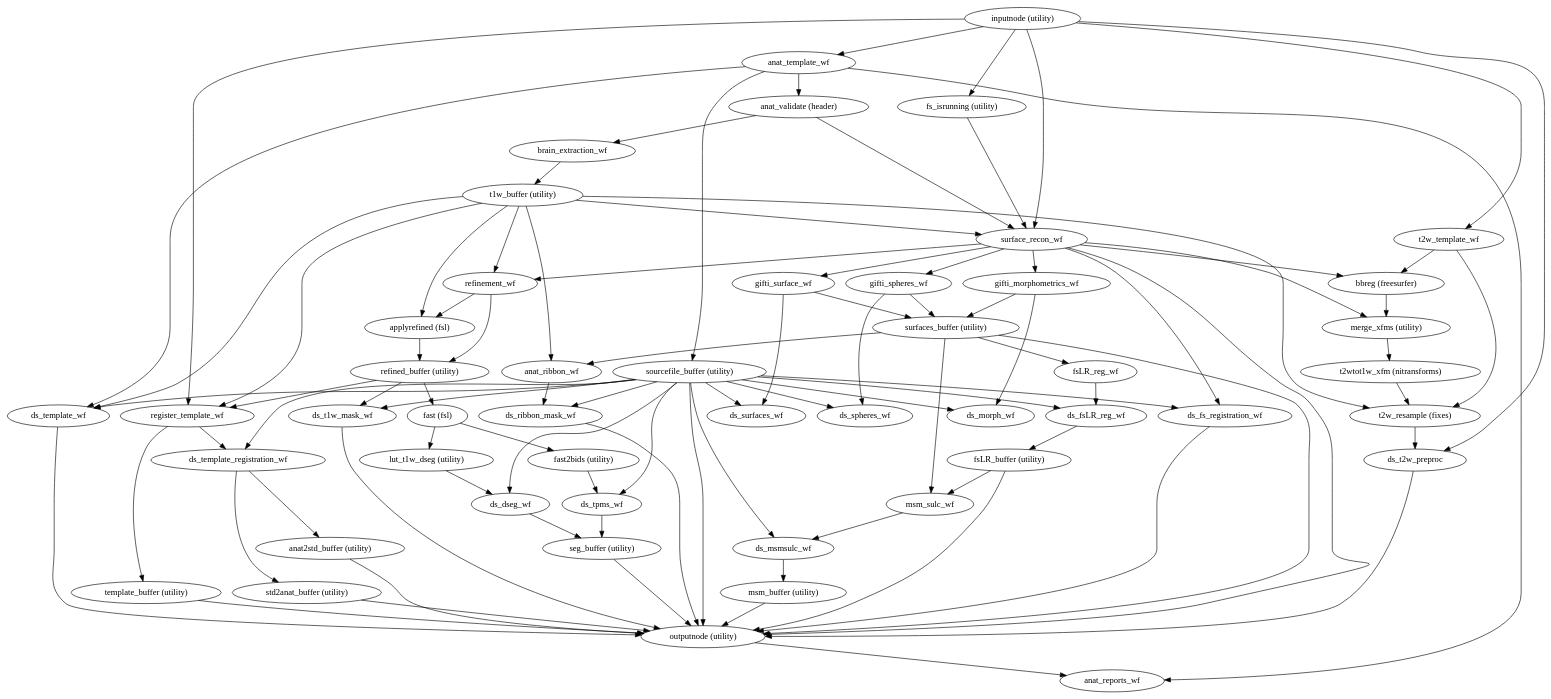
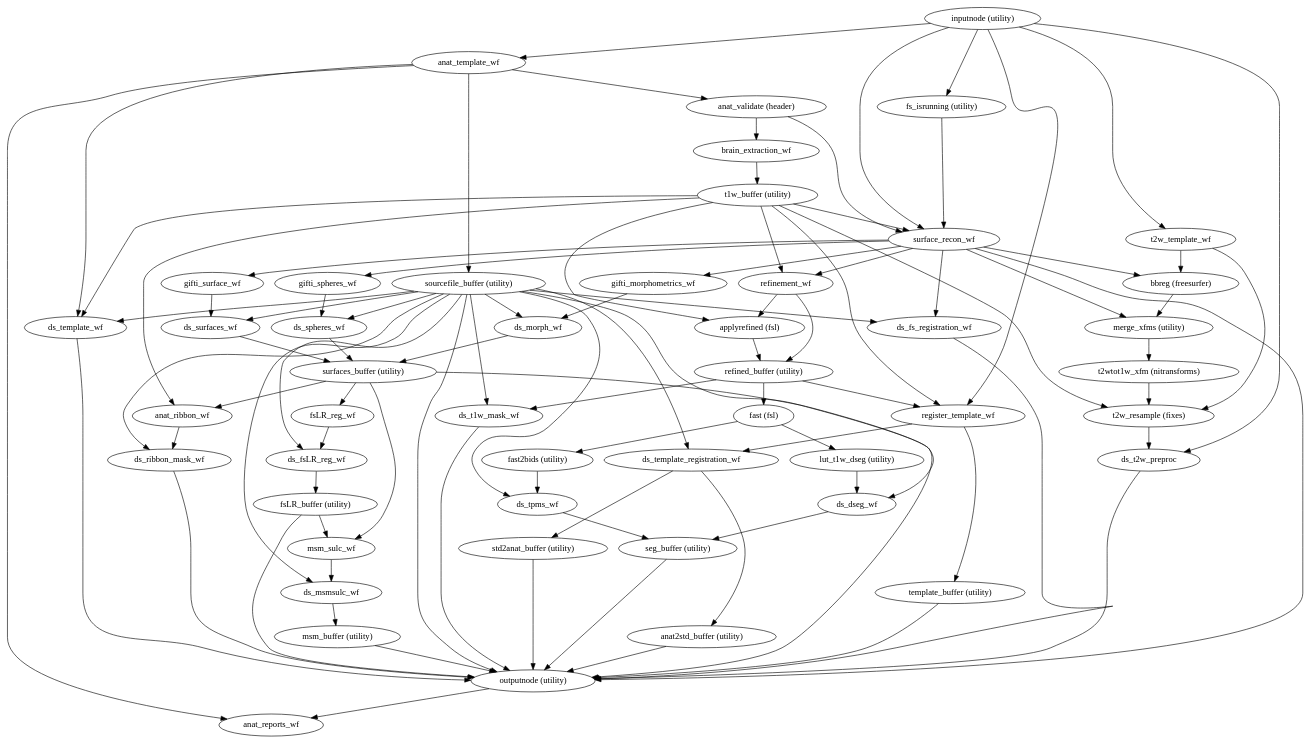
Before and after one commit to nipreps/smriprep: the diagram in dev-nibabies/wf_directive/api/anat_fit_wf/smriprep-workflows-anatomical-1.dot, drawn with Graphviz. The commit also changed 5074 other files, not shown here.

```diff
--- a/dev-nibabies/wf_directive/api/anat_fit_wf/smriprep-workflows-anatomical-1.dot
+++ b/dev-nibabies/wf_directive/api/anat_fit_wf/smriprep-workflows-anatomical-1.dot
@@ -1,142 +1,142 @@
 strict digraph {
 "inputnode (utility)";
 "anat_template_wf";
 "register_template_wf";
 "fs_isrunning (utility)";
 "surface_recon_wf";
 "t2w_template_wf";
 "ds_t2w_preproc";
 "seg_buffer (utility)";
 "outputnode (utility)";
 "anat_reports_wf";
 "anat2std_buffer (utility)";
 "std2anat_buffer (utility)";
 "template_buffer (utility)";
 "sourcefile_buffer (utility)";
 "ds_template_wf";
 "ds_t1w_mask_wf";
 "ds_dseg_wf";
 "ds_tpms_wf";
 "ds_template_registration_wf";
 "ds_fs_registration_wf";
 "ds_surfaces_wf";
 "ds_spheres_wf";
 "ds_morph_wf";
 "ds_ribbon_mask_wf";
 "ds_fsLR_reg_wf";
 "ds_msmsulc_wf";
 "surfaces_buffer (utility)";
 "anat_ribbon_wf";
 "fsLR_reg_wf";
 "msm_sulc_wf";
 "fsLR_buffer (utility)";
 "msm_buffer (utility)";
 "anat_validate (header)";
 "brain_extraction_wf";
 "t1w_buffer (utility)";
 "refinement_wf";
 "applyrefined (fsl)";
 "t2w_resample (fixes)";
 "refined_buffer (utility)";
 "fast (fsl)";
 "lut_t1w_dseg (utility)";
 "fast2bids (utility)";
 "bbreg (freesurfer)";
 "merge_xfms (utility)";
 "gifti_surface_wf";
 "gifti_spheres_wf";
 "gifti_morphometrics_wf";
 "t2wtot1w_xfm (nitransforms)";
 "inputnode (utility)" -> "anat_template_wf";
 "inputnode (utility)" -> "register_template_wf";
 "inputnode (utility)" -> "fs_isrunning (utility)";
 "inputnode (utility)" -> "surface_recon_wf";
 "inputnode (utility)" -> "t2w_template_wf";
 "inputnode (utility)" -> "ds_t2w_preproc";
 "anat_template_wf" -> "anat_validate (header)";
 "anat_template_wf" -> "sourcefile_buffer (utility)";
 "anat_template_wf" -> "anat_reports_wf";
 "anat_template_wf" -> "ds_template_wf";
 "register_template_wf" -> "ds_template_registration_wf";
 "register_template_wf" -> "template_buffer (utility)";
 "fs_isrunning (utility)" -> "surface_recon_wf";
 "surface_recon_wf" -> "outputnode (utility)";
 "surface_recon_wf" -> "ds_fs_registration_wf";
 "surface_recon_wf" -> "refinement_wf";
 "surface_recon_wf" -> "bbreg (freesurfer)";
 "surface_recon_wf" -> "merge_xfms (utility)";
 "surface_recon_wf" -> "gifti_surface_wf";
 "surface_recon_wf" -> "gifti_spheres_wf";
 "surface_recon_wf" -> "gifti_morphometrics_wf";
 "t2w_template_wf" -> "bbreg (freesurfer)";
 "t2w_template_wf" -> "t2w_resample (fixes)";
 "ds_t2w_preproc" -> "outputnode (utility)";
 "seg_buffer (utility)" -> "outputnode (utility)";
 "outputnode (utility)" -> "anat_reports_wf";
 "anat2std_buffer (utility)" -> "outputnode (utility)";
 "std2anat_buffer (utility)" -> "outputnode (utility)";
 "template_buffer (utility)" -> "outputnode (utility)";
 "sourcefile_buffer (utility)" -> "outputnode (utility)";
 "sourcefile_buffer (utility)" -> "ds_template_wf";
 "sourcefile_buffer (utility)" -> "ds_t1w_mask_wf";
 "sourcefile_buffer (utility)" -> "ds_dseg_wf";
 "sourcefile_buffer (utility)" -> "ds_tpms_wf";
 "sourcefile_buffer (utility)" -> "ds_template_registration_wf";
 "sourcefile_buffer (utility)" -> "ds_fs_registration_wf";
 "sourcefile_buffer (utility)" -> "ds_surfaces_wf";
 "sourcefile_buffer (utility)" -> "ds_spheres_wf";
 "sourcefile_buffer (utility)" -> "ds_morph_wf";
 "sourcefile_buffer (utility)" -> "ds_ribbon_mask_wf";
 "sourcefile_buffer (utility)" -> "ds_fsLR_reg_wf";
 "sourcefile_buffer (utility)" -> "ds_msmsulc_wf";
 "ds_template_wf" -> "outputnode (utility)";
 "ds_t1w_mask_wf" -> "outputnode (utility)";
 "ds_dseg_wf" -> "seg_buffer (utility)";
 "ds_tpms_wf" -> "seg_buffer (utility)";
 "ds_template_registration_wf" -> "std2anat_buffer (utility)";
 "ds_template_registration_wf" -> "anat2std_buffer (utility)";
 "ds_fs_registration_wf" -> "outputnode (utility)";
+"ds_surfaces_wf" -> "surfaces_buffer (utility)";
+"ds_spheres_wf" -> "surfaces_buffer (utility)";
+"ds_morph_wf" -> "surfaces_buffer (utility)";
 "ds_ribbon_mask_wf" -> "outputnode (utility)";
 "ds_fsLR_reg_wf" -> "fsLR_buffer (utility)";
 "ds_msmsulc_wf" -> "msm_buffer (utility)";
 "surfaces_buffer (utility)" -> "outputnode (utility)";
 "surfaces_buffer (utility)" -> "anat_ribbon_wf";
 "surfaces_buffer (utility)" -> "fsLR_reg_wf";
 "surfaces_buffer (utility)" -> "msm_sulc_wf";
 "anat_ribbon_wf" -> "ds_ribbon_mask_wf";
 "fsLR_reg_wf" -> "ds_fsLR_reg_wf";
 "msm_sulc_wf" -> "ds_msmsulc_wf";
 "fsLR_buffer (utility)" -> "outputnode (utility)";
 "fsLR_buffer (utility)" -> "msm_sulc_wf";
 "msm_buffer (utility)" -> "outputnode (utility)";
 "anat_validate (header)" -> "brain_extraction_wf";
 "anat_validate (header)" -> "surface_recon_wf";
 "brain_extraction_wf" -> "t1w_buffer (utility)";
 "t1w_buffer (utility)" -> "ds_template_wf";
 "t1w_buffer (utility)" -> "register_template_wf";
 "t1w_buffer (utility)" -> "surface_recon_wf";
 "t1w_buffer (utility)" -> "refinement_wf";
 "t1w_buffer (utility)" -> "applyrefined (fsl)";
 "t1w_buffer (utility)" -> "t2w_resample (fixes)";
 "t1w_buffer (utility)" -> "anat_ribbon_wf";
 "refinement_wf" -> "applyrefined (fsl)";
 "refinement_wf" -> "refined_buffer (utility)";
 "applyrefined (fsl)" -> "refined_buffer (utility)";
 "t2w_resample (fixes)" -> "ds_t2w_preproc";
 "refined_buffer (utility)" -> "ds_t1w_mask_wf";
 "refined_buffer (utility)" -> "fast (fsl)";
 "refined_buffer (utility)" -> "register_template_wf";
 "fast (fsl)" -> "lut_t1w_dseg (utility)";
 "fast (fsl)" -> "fast2bids (utility)";
 "lut_t1w_dseg (utility)" -> "ds_dseg_wf";
 "fast2bids (utility)" -> "ds_tpms_wf";
 "bbreg (freesurfer)" -> "merge_xfms (utility)";
 "merge_xfms (utility)" -> "t2wtot1w_xfm (nitransforms)";
-"gifti_surface_wf" -> "surfaces_buffer (utility)";
 "gifti_surface_wf" -> "ds_surfaces_wf";
-"gifti_spheres_wf" -> "surfaces_buffer (utility)";
 "gifti_spheres_wf" -> "ds_spheres_wf";
-"gifti_morphometrics_wf" -> "surfaces_buffer (utility)";
 "gifti_morphometrics_wf" -> "ds_morph_wf";
 "t2wtot1w_xfm (nitransforms)" -> "t2w_resample (fixes)";
 }
```
